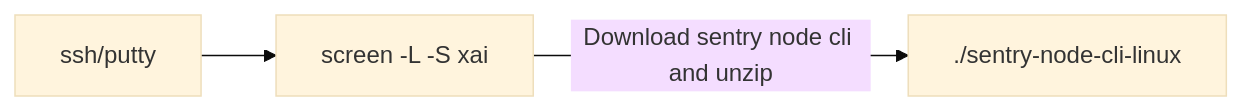
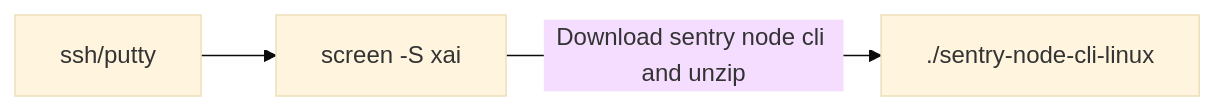
Before and after one commit to smahe21/Xai-Node-Monitor: the first of 4 diagrams in XaiNode_Setup_README.md, drawn with Mermaid (base theme). The commit also changed other lines of this file, not shown here.

Commit message:
git node setup

````diff
--- a/XaiNode_Setup_README.md
+++ b/XaiNode_Setup_README.md
@@ -33,7 +33,7 @@
 ```mermaid
 graph LR
 A[ssh/putty] -->
-B[screen -L -S xai] -- Download sentry node cli and unzip
+B[screen -S xai] -- Download sentry node cli and unzip
 
 --> D[./sentry-node-cli-linux]
 ```
````
